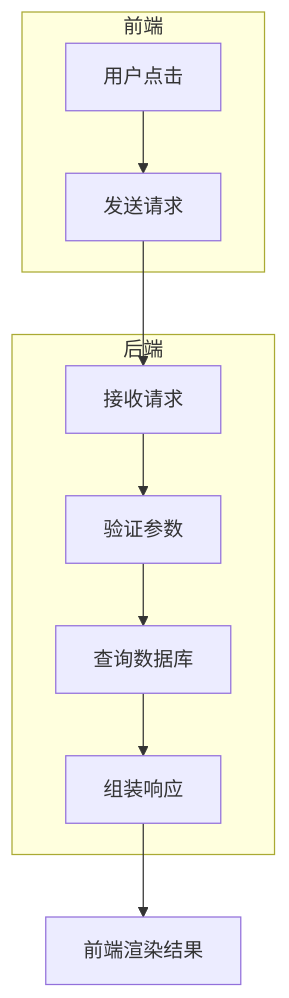
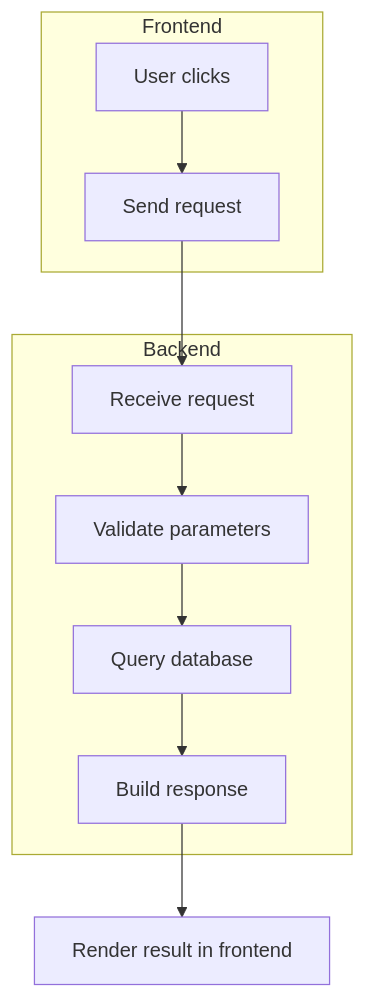
The third of 7 diagrams in cli/tests/TEST_MARKDOWN.md (nx-fi/gitomi), drawn with Mermaid before and after one commit. The commit also changed other lines of this file and 6 other files, not shown here.

````diff
--- a/cli/tests/TEST_MARKDOWN.md
+++ b/cli/tests/TEST_MARKDOWN.md
@@ -435,13 +489,13 @@
 ```mermaid
 flowchart TB
-    subgraph 前端
-        A[用户点击] --> B[发送请求]
+    subgraph Frontend
+        A[User clicks] --> B[Send request]
     end
-    subgraph 后端
-        C[接收请求] --> D[验证参数]
-        D --> E[查询数据库]
-        E --> F[组装响应]
+    subgraph Backend
+        C[Receive request] --> D[Validate parameters]
+        D --> E[Query database]
+        E --> F[Build response]
     end
     B --> C
-    F --> G[前端渲染结果]
+    F --> G[Render result in frontend]
 ```
````
